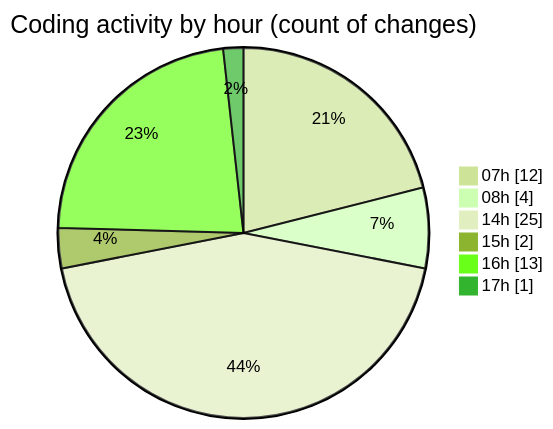
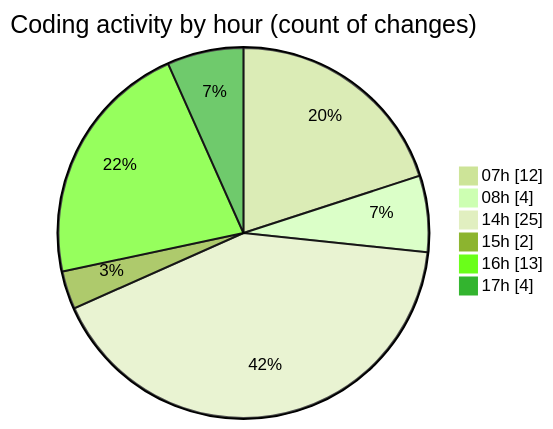
Before and after one commit to robertbonfada/code-tracking: the second of 2 diagrams in 2025-01-09/mbc-web/README.md, drawn with Mermaid (forest theme). The commit also changed other lines of this file and 1 other file, not shown here.

````diff
--- a/2025-01-09/mbc-web/README.md
+++ b/2025-01-09/mbc-web/README.md
@@ -40,10 +40,10 @@
 ```mermaid
 pie showData
 title Coding activity by hour (count of changes)
 "07h" : 12
 "08h" : 4
 "14h" : 25
 "15h" : 2
 "16h" : 13
-"17h" : 1
+"17h" : 4
 ```
````
